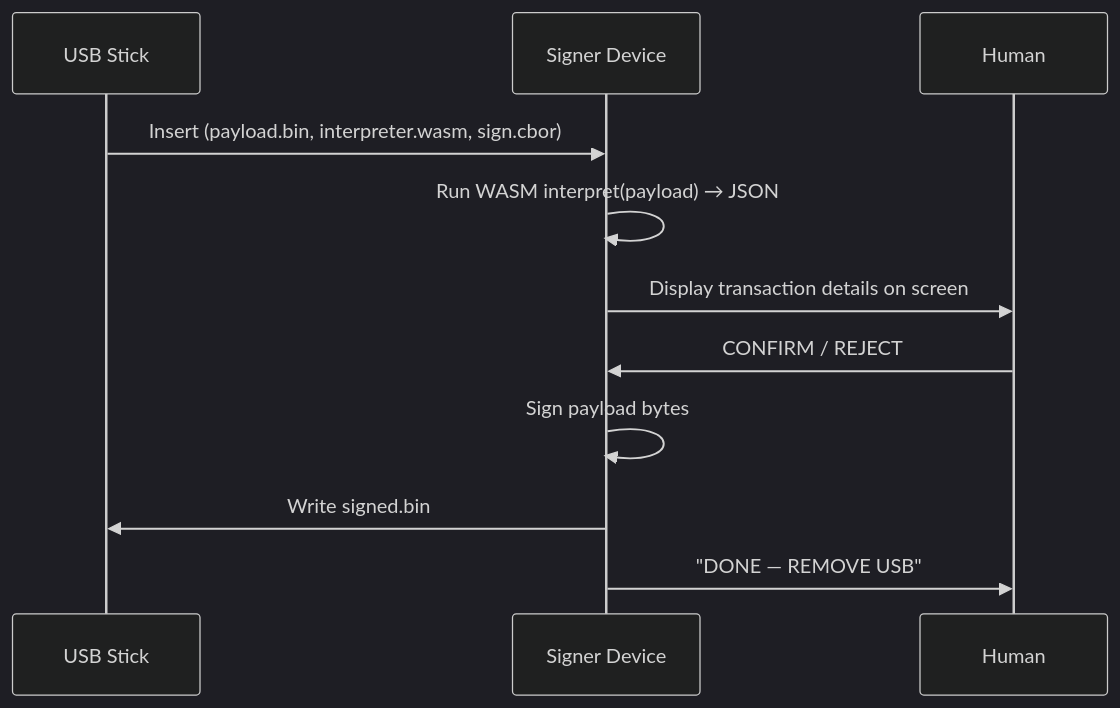
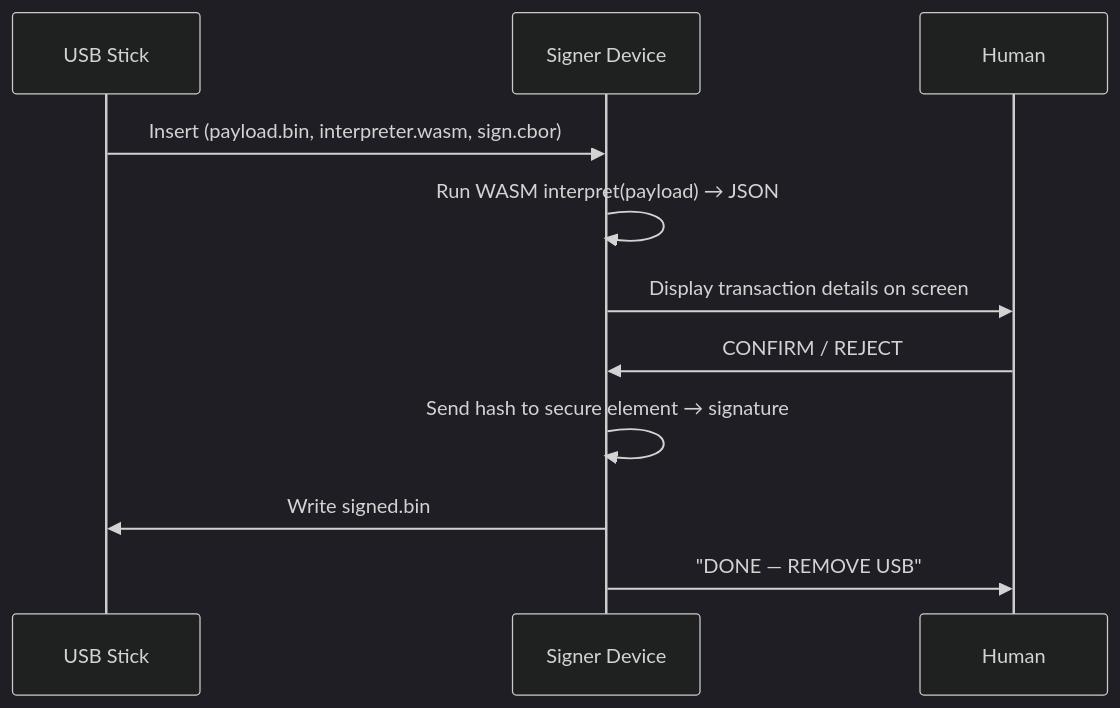
Before and after one commit to paolino/air-gap-signer: the diagram in docs/index.md, drawn with Mermaid (dark theme). The commit also changed other lines of this file and 15 other files, not shown here.

First line of the commit message:
feat: replace software keystore with secure element architecture

````diff
--- a/docs/index.md
+++ b/docs/index.md
@@ -9,14 +9,14 @@
 ```mermaid
 sequenceDiagram
     participant USB as USB Stick
     participant Dev as Signer Device
     participant User as Human
 
     USB->>Dev: Insert (payload.bin, interpreter.wasm, sign.cbor)
     Dev->>Dev: Run WASM interpret(payload) → JSON
     Dev->>User: Display transaction details on screen
     User->>Dev: CONFIRM / REJECT
-    Dev->>Dev: Sign payload bytes
+    Dev->>Dev: Send hash to secure element → signature
     Dev->>USB: Write signed.bin
     Dev->>User: "DONE — REMOVE USB"
 ```
````
